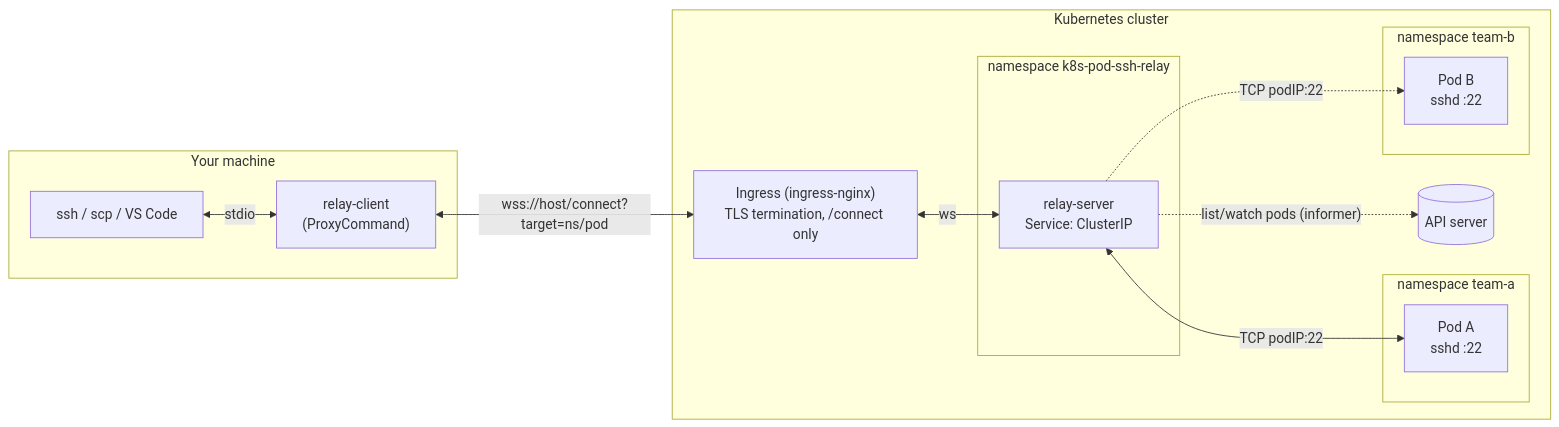
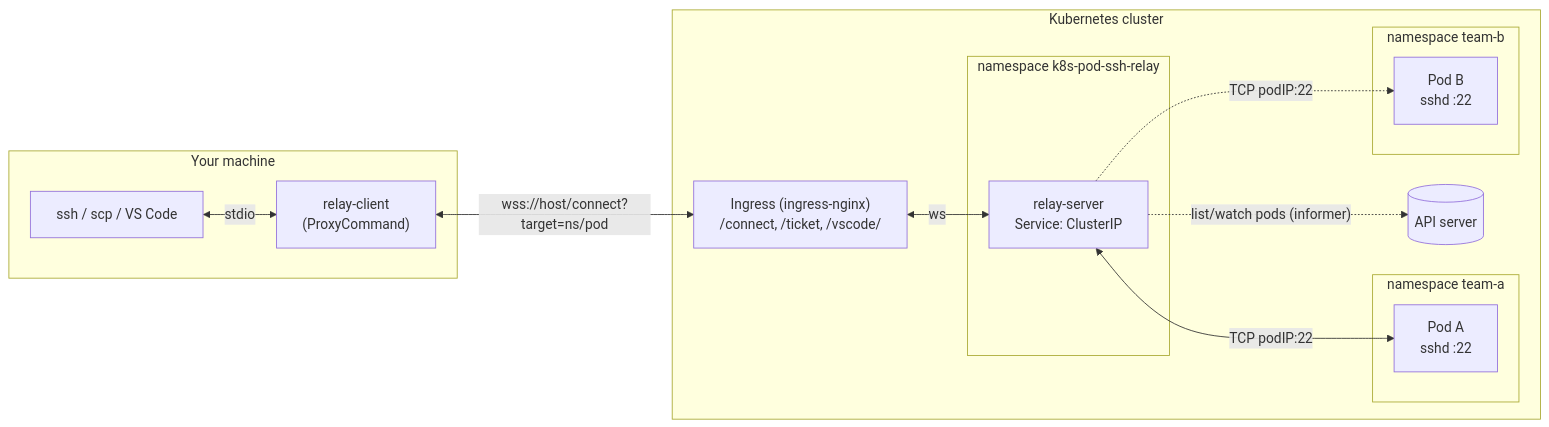
Before and after one commit to fqix/k8s-pod-ssh-relay: the first of 2 diagrams in README.md, drawn with Mermaid. The commit also changed other lines of this file and 12 other files, not shown here.

````diff
--- a/README.md
+++ b/README.md
@@ -22,28 +22,28 @@
 ```mermaid
 flowchart LR
   subgraph local["Your machine"]
     ssh["ssh / scp / VS Code"]
     client["relay-client<br/>(ProxyCommand)"]
     ssh <-->|stdio| client
   end
 
   subgraph cluster["Kubernetes cluster"]
     api[("API server")]
-    ingress["Ingress (ingress-nginx)<br/>TLS termination, /connect only"]
+    ingress["Ingress (ingress-nginx)<br/>/connect, /ticket, /vscode/"]
     subgraph ns["namespace k8s-pod-ssh-relay"]
       relay["relay-server<br/>Service: ClusterIP"]
     end
     subgraph nsA["namespace team-a"]
       podA["Pod A<br/>sshd :22"]
     end
     subgraph nsB["namespace team-b"]
       podB["Pod B<br/>sshd :22"]
     end
   end
 
   client <-->|"wss://host/connect?target=ns/pod"| ingress
   ingress <-->|ws| relay
   relay <-->|"TCP podIP:22"| podA
   relay -. "TCP podIP:22" .-> podB
   relay -. "list/watch pods (informer)" .-> api
 ```
````
